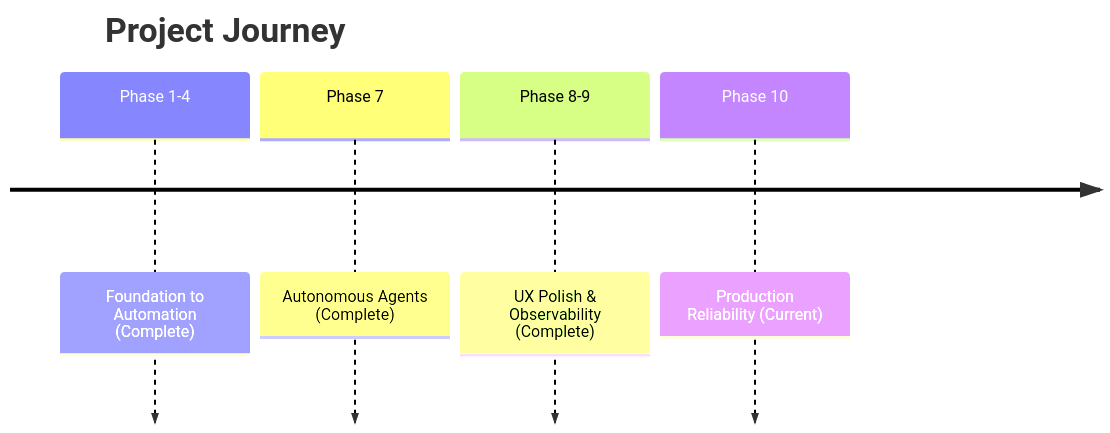
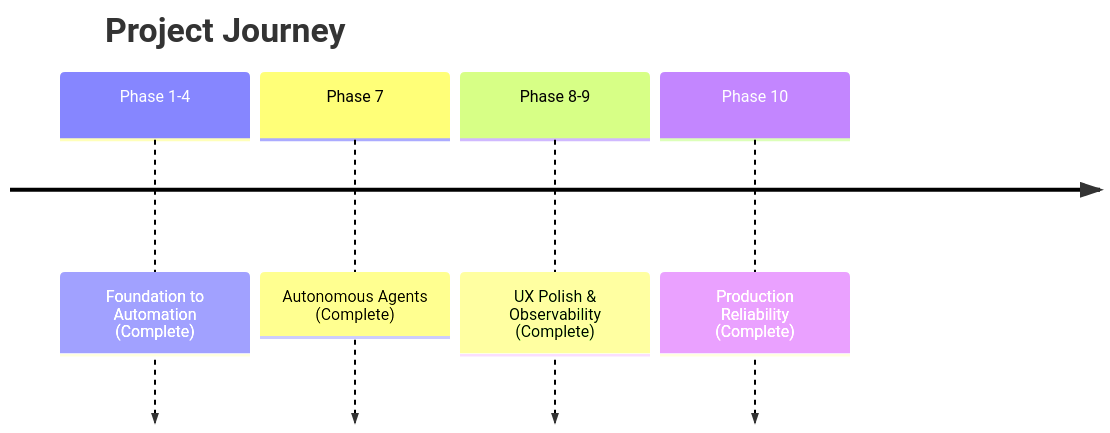
Before and after one commit to criticalinsight/trello-local-sync: the diagram in ROADMAP.md, drawn with Mermaid. The commit also changed other lines of this file, not shown here.

````diff
--- a/ROADMAP.md
+++ b/ROADMAP.md
@@ -7,8 +7,8 @@
 ```mermaid
 timeline
     title Project Journey
     Phase 1-4 : Foundation to Automation (Complete)
     Phase 7 : Autonomous Agents (Complete)
     Phase 8-9 : UX Polish & Observability (Complete)
-    Phase 10 : Production Reliability (Current)
+    Phase 10 : Production Reliability (Complete)
 ```
````
